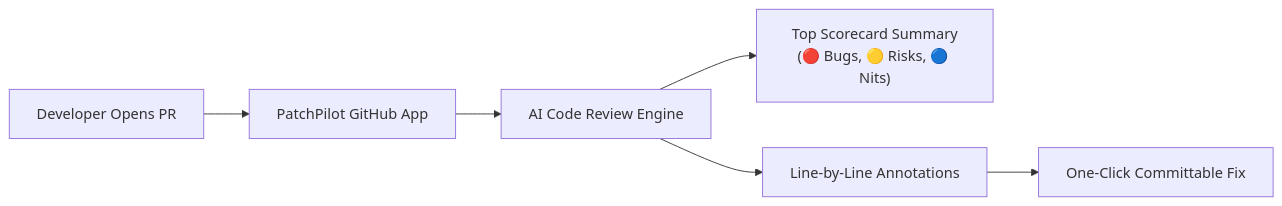
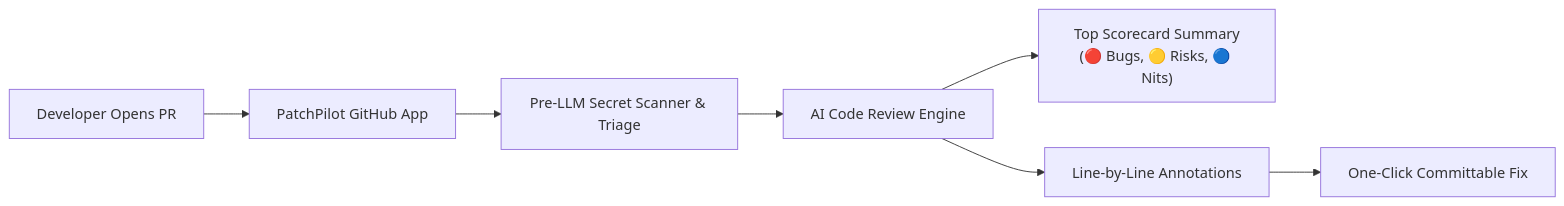
Before and after one commit to 89Aman/PatchPilot: the diagram in README.md, drawn with Mermaid. The commit also changed other lines of this file and 20 other files, not shown here.

````diff
--- a/README.md
+++ b/README.md
@@ -67,8 +130,9 @@
 ```mermaid
 flowchart LR
     Dev["Developer Opens PR"] --> Webhook["PatchPilot GitHub App"]
-    Webhook --> Review["AI Code Review Engine"]
+    Webhook --> Scanner["Pre-LLM Secret Scanner & Triage"]
+    Scanner --> Review["AI Code Review Engine"]
     Review --> Scorecard["Top Scorecard Summary\n(🔴 Bugs, 🟡 Risks, 🔵 Nits)"]
     Review --> Inline["Line-by-Line Annotations"]
     Inline --> Suggestion["One-Click Committable Fix"]
 ```
````
